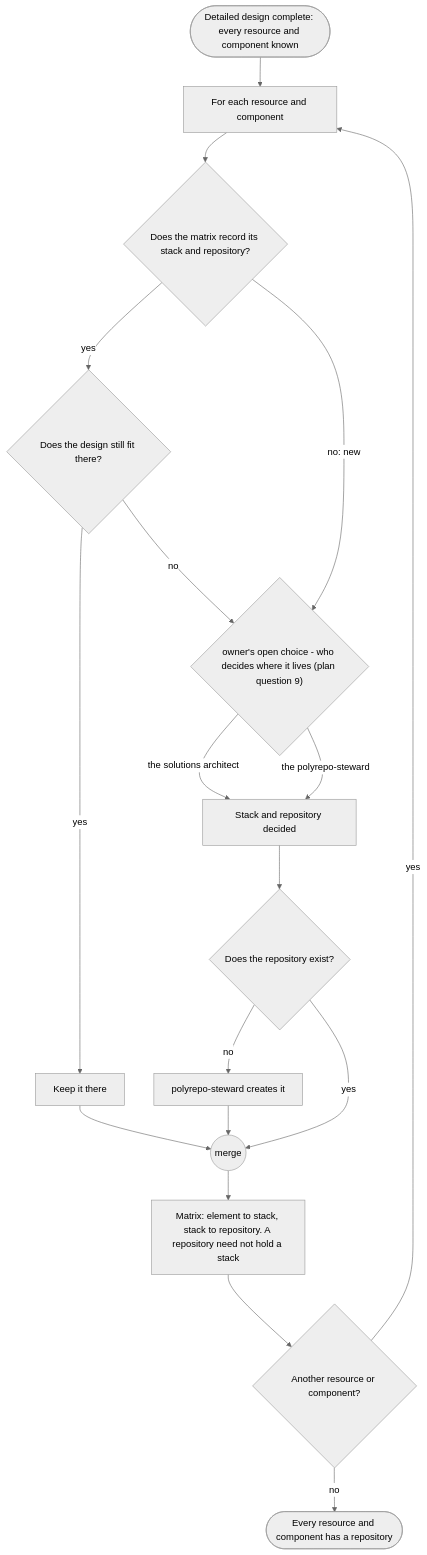
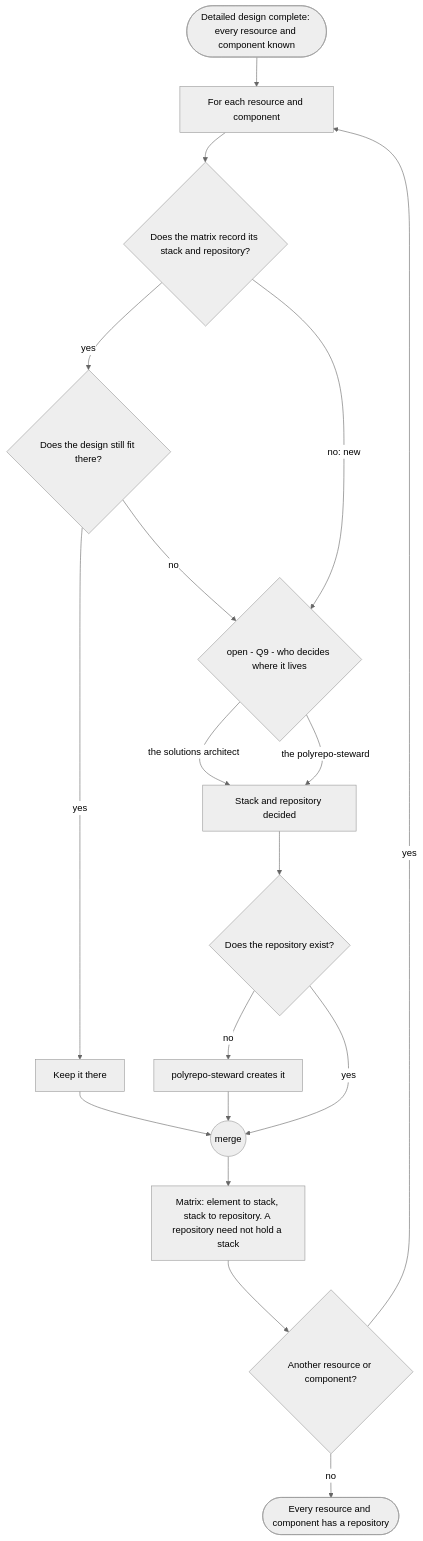
One commit to mark-satterfield/toolset changed the fifth of 8 diagrams in plugins/agent-teams-workforce/blueprint/design/pipelines-elaboration.md. Above: the diagram before and after it, drawn with Mermaid (neutral theme). The commit also changed other lines of this file and 3 other files, not shown here.

````diff
--- a/plugins/agent-teams-workforce/blueprint/design/pipelines-elaboration.md
+++ b/plugins/agent-teams-workforce/blueprint/design/pipelines-elaboration.md
@@ -332,20 +332,20 @@
 ```mermaid
 flowchart TD
     s(["Detailed design complete: every resource and component known"]) --> each["For each resource and component"]
     each --> known{"Does the matrix record its stack and repository?"}
     known -->|"yes"| fit{"Does the design still fit there?"}
     fit -->|"yes"| keep["Keep it there"]
     fit -->|"no"| place
-    known -->|"no: new"| place{"owner's open choice - who decides where it lives (plan question 9)"}
+    known -->|"no: new"| place{"open - Q9 - who decides where it lives"}
     place -->|"the solutions architect"| decide["Stack and repository decided"]
     place -->|"the polyrepo-steward"| decide
     decide --> newRepo{"Does the repository exist?"}
     newRepo -->|"no"| create["polyrepo-steward creates it"]
     newRepo -->|"yes"| m(("merge"))
     create --> m
     keep --> m
     m --> rec["Matrix: element to stack, stack to repository. A repository need not hold a stack"]
     rec --> next{"Another resource or component?"}
     next -->|"yes"| each
     next -->|"no"| e(["Every resource and component has a repository"])
 ```
````
